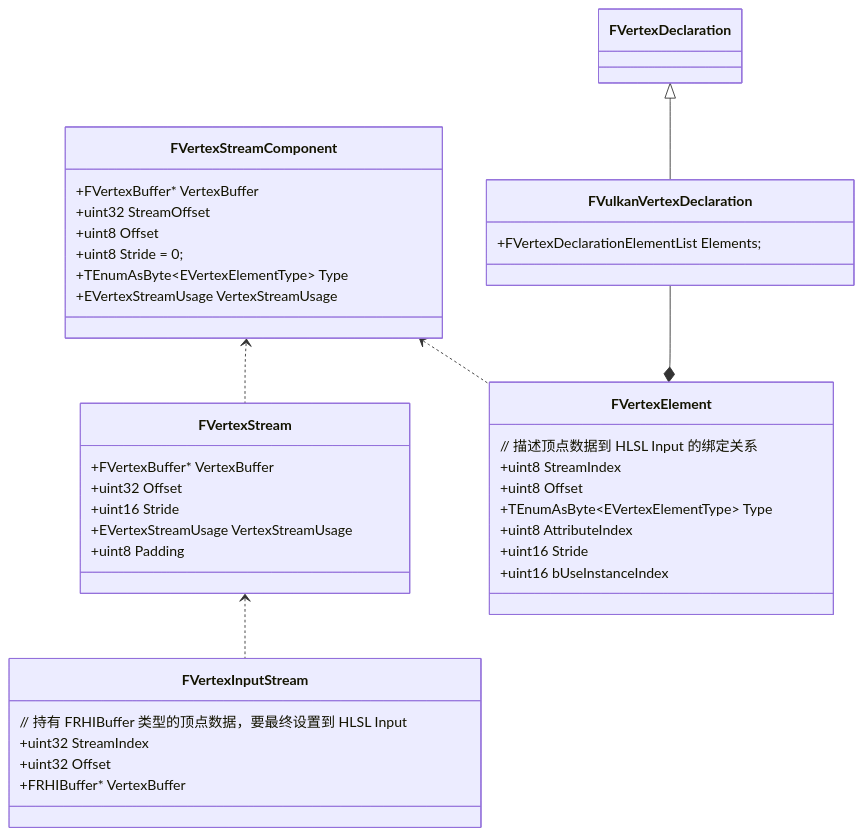
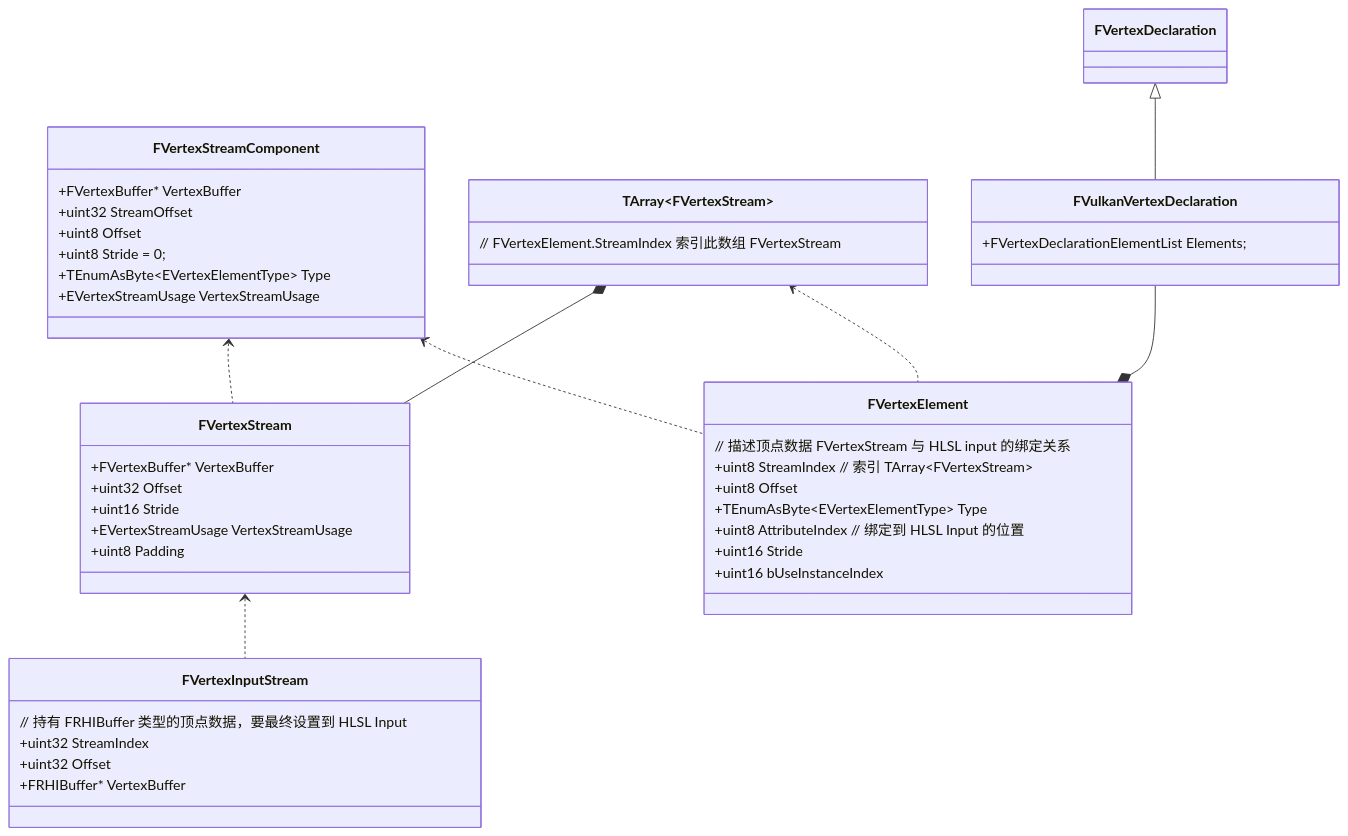
One commit to StormPhoenix/Notebook changed the diagram in notes/reading-notes.graphics-engineering.unreal-engine.renderpipeline-and-framework-design.vertex-factory.md. Above: the diagram before and after it, drawn with Mermaid. The commit also changed other lines of this file and 7 other files, not shown here.

````diff
--- a/notes/reading-notes.graphics-engineering.unreal-engine.renderpipeline-and-framework-design.vertex-factory.md
+++ b/notes/reading-notes.graphics-engineering.unreal-engine.renderpipeline-and-framework-design.vertex-factory.md
@@ -121,42 +207,48 @@
 ```mermaid
 classDiagram
     class FVertexStreamComponent {
         +FVertexBuffer* VertexBuffer
 	      +uint32 StreamOffset
 	      +uint8 Offset
 	      +uint8 Stride = 0;
 	      +TEnumAsByte~EVertexElementType~ Type
 	      +EVertexStreamUsage VertexStreamUsage 
+    }
+    class TArray~FVertexStream~ {
+        // FVertexElement.StreamIndex 索引此数组 FVertexStream
     }
     class FVertexStream {
         +FVertexBuffer* VertexBuffer
 		    +uint32 Offset
 		    +uint16 Stride
 		    +EVertexStreamUsage VertexStreamUsage 
 		    +uint8 Padding
     }
     class FVertexInputStream {
         // 持有 FRHIBuffer 类型的顶点数据，要最终设置到 HLSL Input
         +uint32 StreamIndex
 	      +uint32 Offset
 	      +FRHIBuffer* VertexBuffer
     }
     class FVertexElement {
-        // 描述顶点数据到 HLSL Input 的绑定关系
-        +uint8 StreamIndex
+        // 描述顶点数据 FVertexStream 与 HLSL input 的绑定关系
+
+        +uint8 StreamIndex // 索引 TArray~FVertexStream~
 	      +uint8 Offset
 	      +TEnumAsByte~EVertexElementType~ Type
-	      +uint8 AttributeIndex
+	      +uint8 AttributeIndex // 绑定到 HLSL Input 的位置
 	      +uint16 Stride
 	      +uint16 bUseInstanceIndex
     }
     class FVulkanVertexDeclaration {
         +FVertexDeclarationElementList Elements;
     }
     class FVertexDeclaration
     FVertexDeclaration <|-- FVulkanVertexDeclaration
+    TArray~FVertexStream~ *-- FVertexStream
     FVulkanVertexDeclaration --* FVertexElement
     FVertexStreamComponent <.. FVertexStream
     FVertexStreamComponent <.. FVertexElement
+    TArray~FVertexStream~ <.. FVertexElement
     FVertexStream <.. FVertexInputStream
 ```
````
